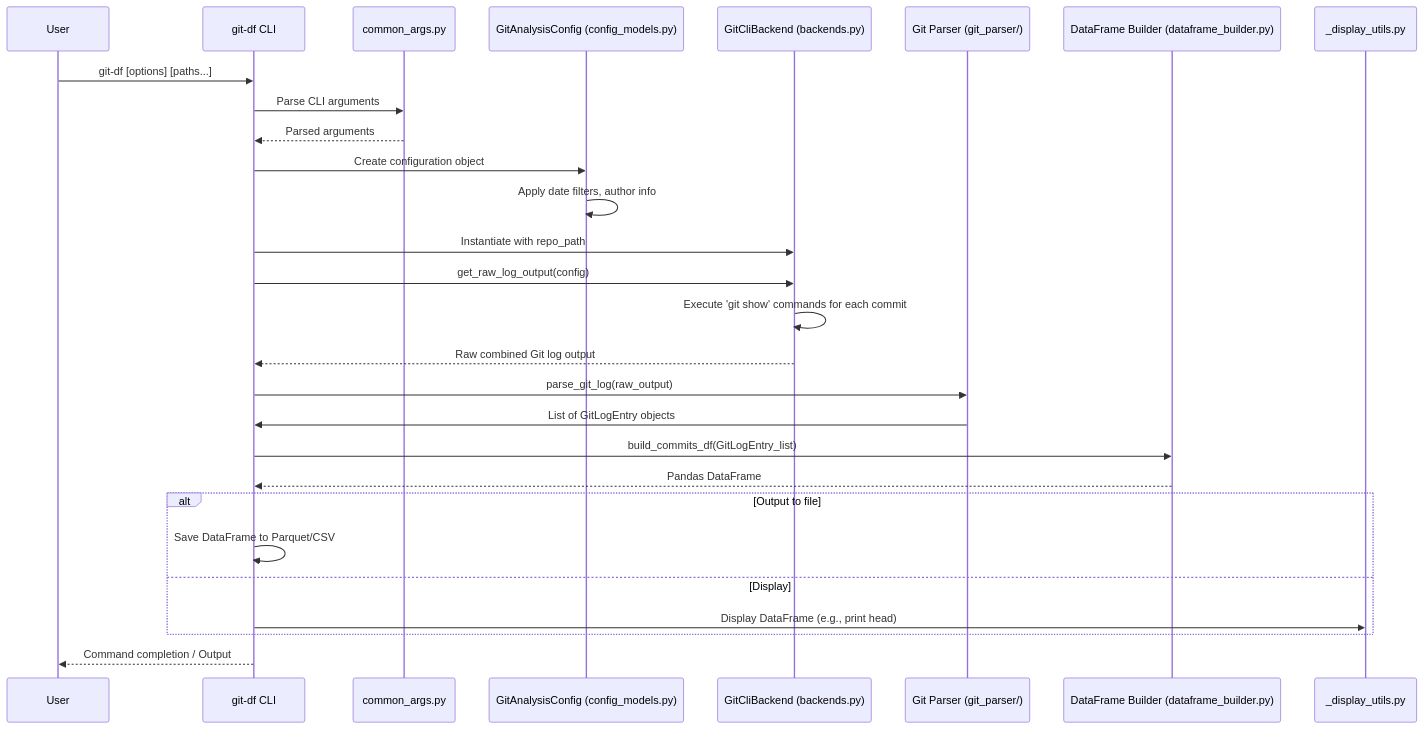
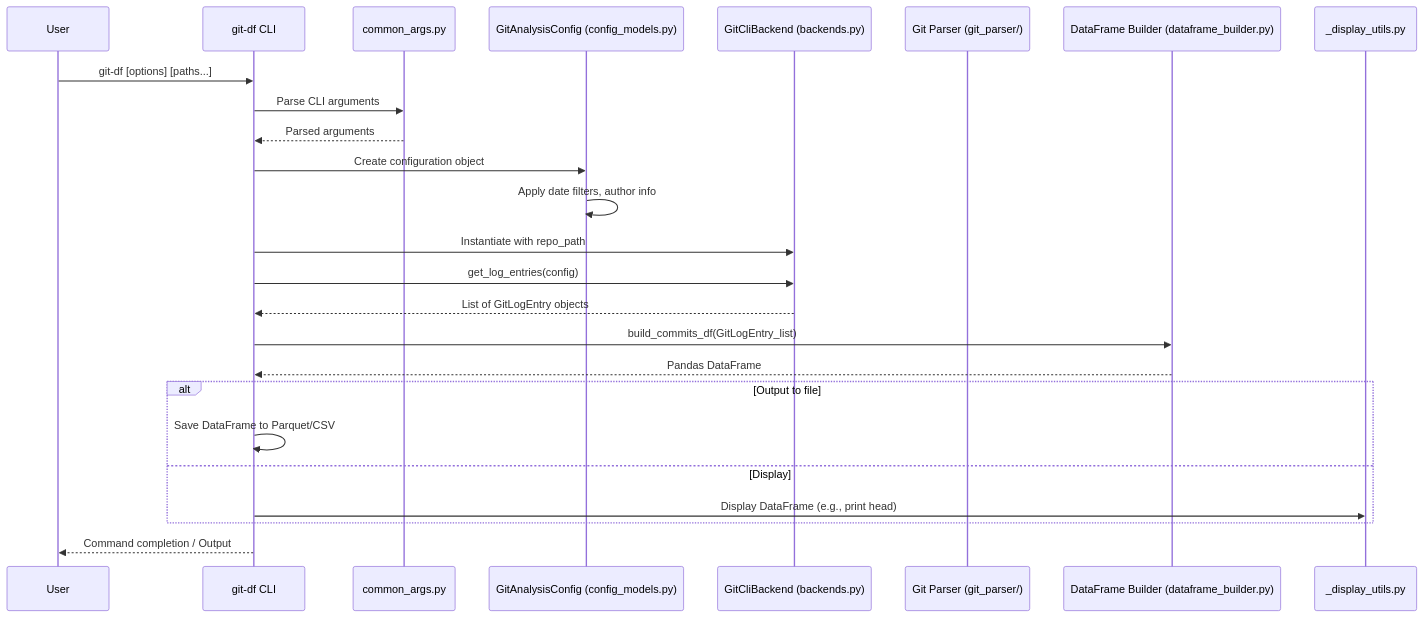
The second of 3 diagrams in TECHNICAL_WALKTHROUGH.md (rbagchi/git-dataframe-tools), drawn with Mermaid before and after one commit. The commit also changed other lines of this file and 2 other files, not shown here.

Commit message:
docs: Update documentation to reflect backend standardization

````diff
--- a/TECHNICAL_WALKTHROUGH.md
+++ b/TECHNICAL_WALKTHROUGH.md
@@ -76,30 +77,27 @@
 ```mermaid
 sequenceDiagram
     participant User
     participant git_df as git-df CLI
     participant common_args as common_args.py
     participant GitAnalysisConfig as GitAnalysisConfig (config_models.py)
     participant GitCliBackend as GitCliBackend (backends.py)
     participant GitParser as Git Parser (git_parser/)
     participant DataFrameBuilder as DataFrame Builder (dataframe_builder.py)
 
     User->>git_df: git-df [options] [paths...]
     git_df->>common_args: Parse CLI arguments
     common_args-->>git_df: Parsed arguments
     git_df->>GitAnalysisConfig: Create configuration object
     GitAnalysisConfig->>GitAnalysisConfig: Apply date filters, author info
     git_df->>GitCliBackend: Instantiate with repo_path
-    git_df->>GitCliBackend: get_raw_log_output(config)
-    GitCliBackend->>GitCliBackend: Execute 'git show' commands for each commit
-    GitCliBackend-->>git_df: Raw combined Git log output
-    git_df->>GitParser: parse_git_log(raw_output)
-    GitParser->>git_df: List of GitLogEntry objects
+    git_df->>GitCliBackend: get_log_entries(config)
+    GitCliBackend-->>git_df: List of GitLogEntry objects
     git_df->>DataFrameBuilder: build_commits_df(GitLogEntry_list)
     DataFrameBuilder-->>git_df: Pandas DataFrame
     alt Output to file
         git_df->>git_df: Save DataFrame to Parquet/CSV
     else Display
         git_df->>_display_utils.py: Display DataFrame (e.g., print head)
     end
     git_df-->>User: Command completion / Output
 ```
````
